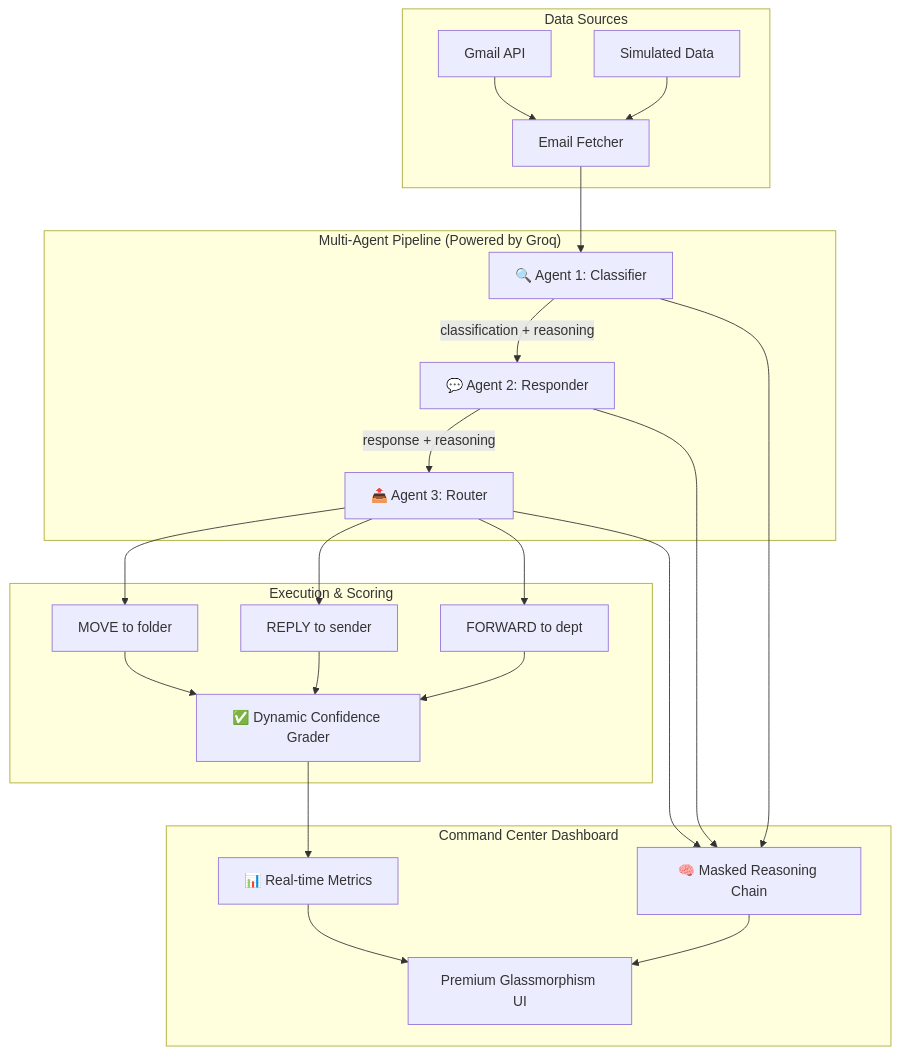
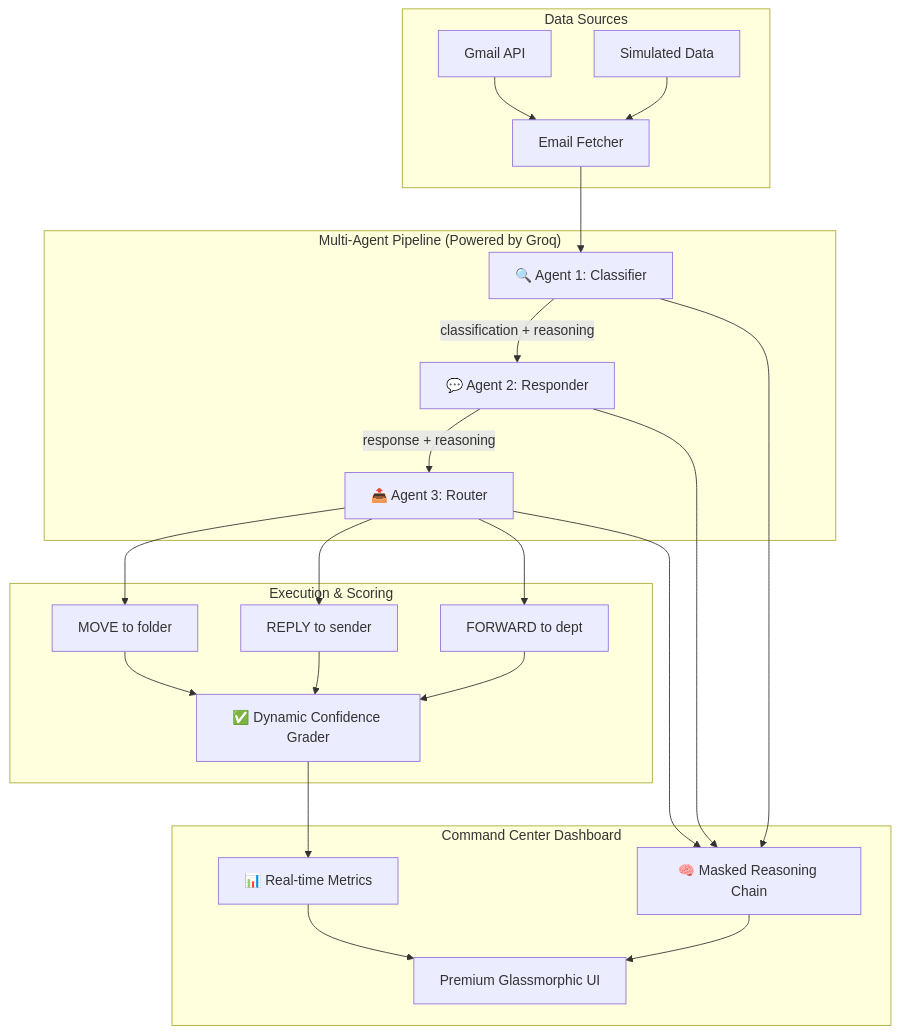
Before and after one commit to ayus1234/ai-email-triage-agent-openenv: the diagram in README.md, drawn with Mermaid. The commit also changed other lines of this file and 5 other files, not shown here.

````diff
--- a/README.md
+++ b/README.md
@@ -38,26 +38,26 @@
 ```mermaid
 graph TD
     subgraph "Data Sources"
         G["Gmail API"] --> F["Email Fetcher"]
         S["Simulated Data"] --> F
     end
     
     subgraph "Multi-Agent Pipeline (Powered by Groq)"
         F --> A1["🔍 Agent 1: Classifier"]
         A1 -->|"classification + reasoning"| A2["💬 Agent 2: Responder"]
         A2 -->|"response + reasoning"| A3["📤 Agent 3: Router"]
     end
     
     subgraph "Execution & Scoring"
         A3 --> E1["MOVE to folder"]
         A3 --> E2["REPLY to sender"]
         A3 --> E3["FORWARD to dept"]
         E1 & E2 & E3 --> GR["✅ Dynamic Confidence Grader"]
     end
     
     subgraph "Command Center Dashboard"
         GR --> D1["📊 Real-time Metrics"]
         A1 & A2 & A3 --> D2["🧠 Masked Reasoning Chain"]
-        D1 & D2 --> UI["Premium Glassmorphism UI"]
+        D1 & D2 --> UI["Premium Glassmorphic UI"]
     end
 ```
````
